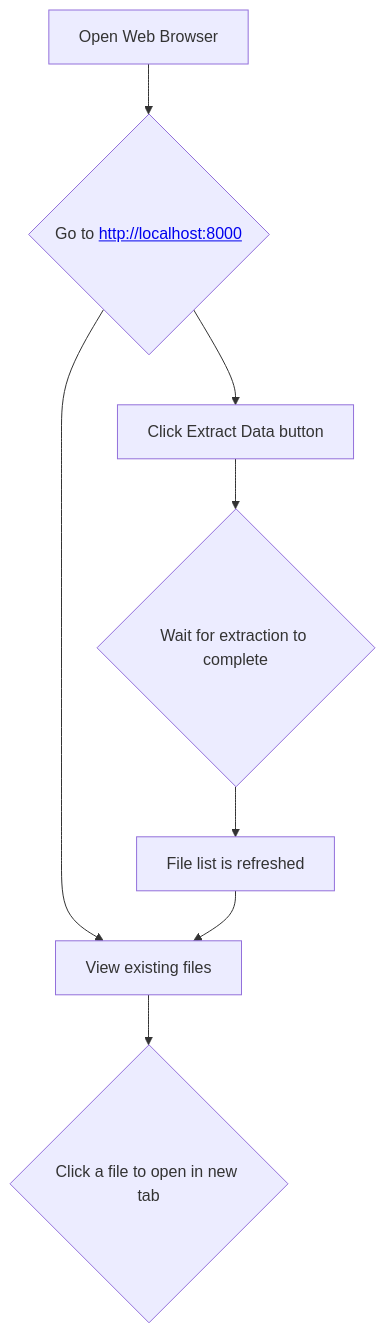
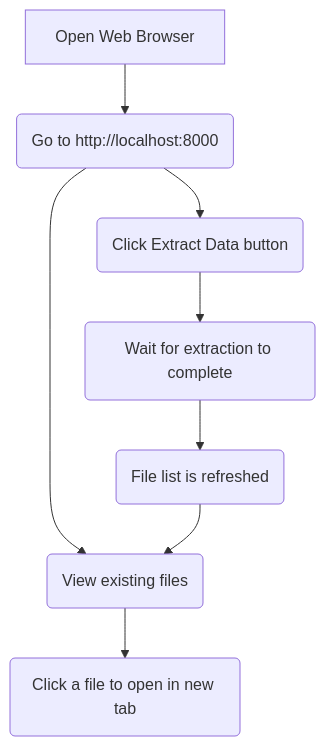
One commit to overeazyio/zendeskzen changed the first of 2 diagrams in README.md. Above: the diagram before and after it, drawn with Mermaid. The commit also changed other lines of this file, not shown here.

````diff
--- a/README.md
+++ b/README.md
@@ -57,10 +58,10 @@
 ```mermaid
 graph TD
-    A[Open Web Browser] --> B{Go to <a href='http://localhost:8000'>http://localhost:8000</a>};
-    B --> C[View existing files];
-    C --> D{Click a file to open in new tab};
-    B --> E[Click Extract Data button];
-    E --> F{Wait for extraction to complete};
-    F --> G[File list is refreshed];
+    A[Open Web Browser] --> B(Go to http://localhost:8000);
+    B --> C(View existing files);
+    C --> D(Click a file to open in new tab);
+    B --> E(Click Extract Data button);
+    E --> F(Wait for extraction to complete);
+    F --> G(File list is refreshed);
     G --> C;
 ```
````
